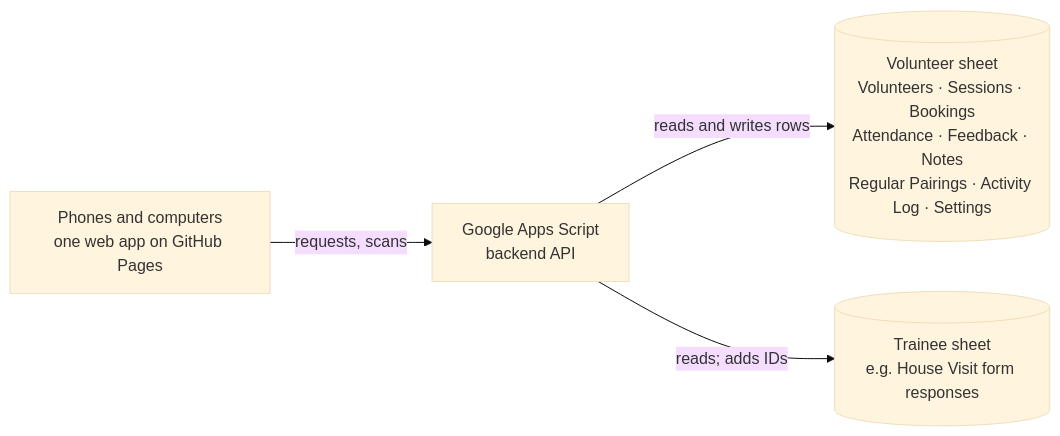
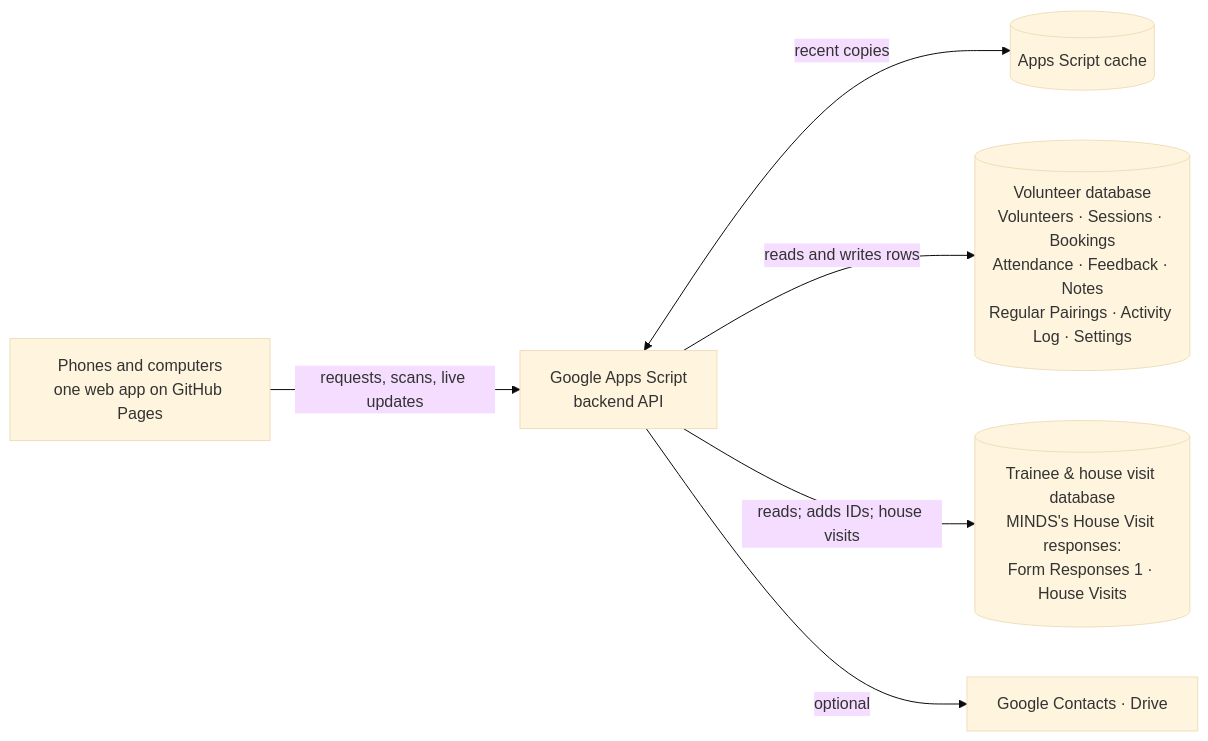
Before and after one commit to vcoder302026/T4G-Sem12627-MINDS-APP: the diagram in volunteer-app/README.md, drawn with Mermaid (base theme). The commit also changed other lines of this file and 44 other files, not shown here.

````diff
--- a/volunteer-app/README.md
+++ b/volunteer-app/README.md
@@ -123,6 +137,8 @@
 ```mermaid
 flowchart LR
-  V[Phones and computers<br/>one web app on GitHub Pages] -- "requests, scans" --> G[Google Apps Script<br/>backend API]
-  G -- "reads and writes rows" --> S[(Volunteer sheet<br/>Volunteers · Sessions · Bookings<br/>Attendance · Feedback · Notes<br/>Regular Pairings · Activity Log · Settings)]
-  G -- "reads; adds IDs" --> T[(Trainee sheet<br/>e.g. House Visit form responses)]
+  V[Phones and computers<br/>one web app on GitHub Pages] -- "requests, scans, live updates" --> G[Google Apps Script<br/>backend API]
+  G <-- "recent copies" --> C[(Apps Script cache)]
+  G -- "reads and writes rows" --> S[(Volunteer database<br/>Volunteers · Sessions · Bookings<br/>Attendance · Feedback · Notes<br/>Regular Pairings · Activity Log · Settings)]
+  G -- "reads; adds IDs; house visits" --> T[(Trainee & house visit database<br/>MINDS's House Visit responses:<br/>Form Responses 1 · House Visits)]
+  G -- "optional" --> P[Google Contacts · Drive]
 ```
````
